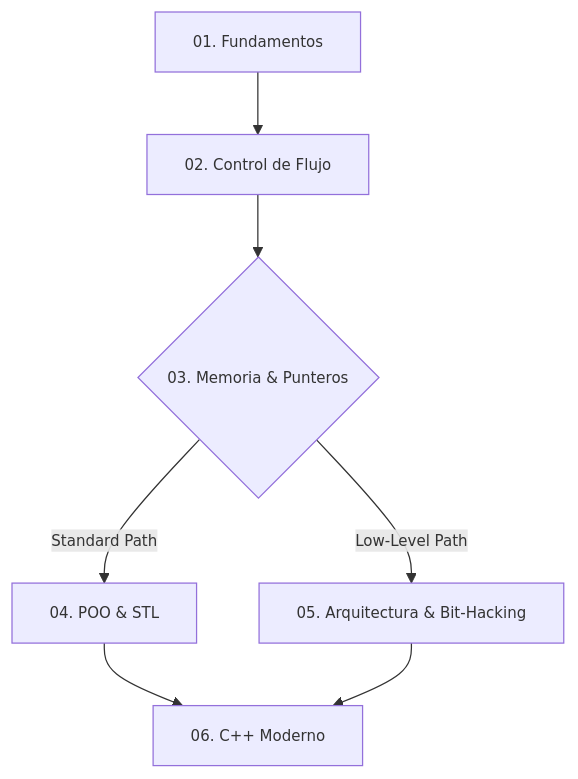
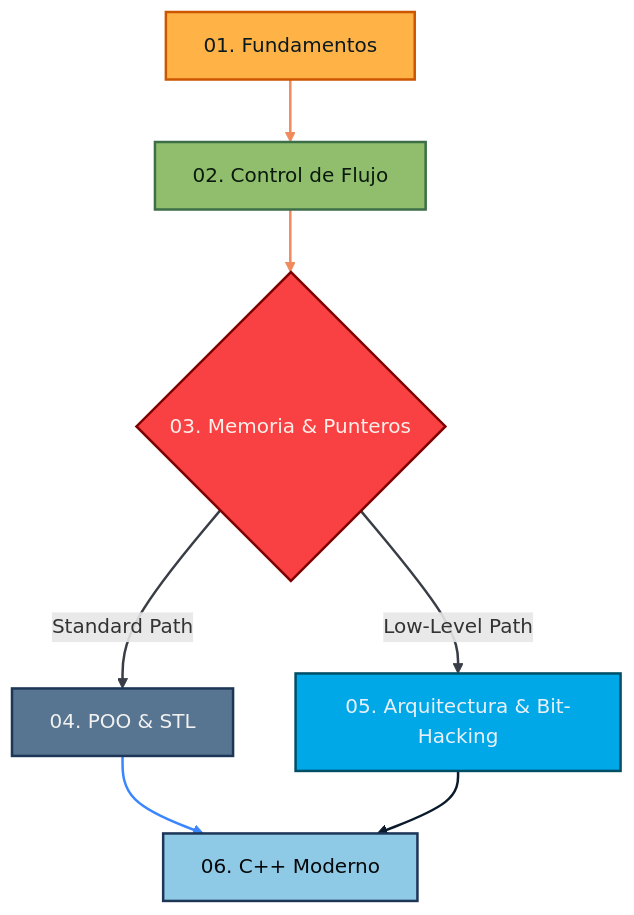
The diagram in README.md (MarvinCif/Portafolio_C_mas_mas), drawn with Mermaid before and after one commit. The commit also changed other lines of this file, not shown here.

````diff
--- a/README.md
+++ b/README.md
@@ -23,10 +23,31 @@
 ```mermaid
-%%{init: {'themeVariables': {'fontSize': '12px', 'nodePadding': '6'}}}%%
+%%{init: {'theme': 'base', 'themeVariables': {
+  'fontFamily': '"Fira Code", "DejaVu Sans Mono", monospace',
+  'fontSize': '12px',
+  'nodePadding': '8',
+  'primaryColor': '#ff6f61',
+  'edgeLabelBackground': '#0b1a2b',
+  'edgeLabelColor': '#f1faee',
+  'clusterBkg': '#1d3557',
+  'tertiaryColor': '#2a9d8f'
+}}}%%
 graph TD;
   A[01. Fundamentos] --> B[02. Control de Flujo];
   B --> C{03. Memoria & Punteros};
   C -->|Standard Path| D[04. POO & STL];
   C -->|Low-Level Path| E[05. Arquitectura & Bit-Hacking];
   D --> F[06. C++ Moderno];
   E --> F;
+  style A fill:#ffb347,stroke:#cc5500,stroke-width:2px,color:#0b1a1e
+  style B fill:#90be6d,stroke:#3c6e47,stroke-width:2px,color:#0b1a0f
+  style C fill:#f94144,stroke:#7f0000,stroke-width:2px,color:#fceee9
+  style D fill:#577590,stroke:#1d3557,stroke-width:2px,color:#f1f1f1
+  style E fill:#00a8e8,stroke:#004e66,stroke-width:2px,color:#e9f0f7
+  style F fill:#8ecae6,stroke:#1d3557,stroke-width:2px,color:#05070a
+  linkStyle 0 stroke:#f08a5d,stroke-width:2px;
+  linkStyle 1 stroke:#f08a5d,stroke-width:2px;
+  linkStyle 2 stroke:#393e46,stroke-width:2px;
+  linkStyle 3 stroke:#393e46,stroke-width:2px;
+  linkStyle 4 stroke:#3a86ff,stroke-width:2px;
+  linkStyle 5 stroke:#0b1a2b,stroke-width:2px;
 ```
````
